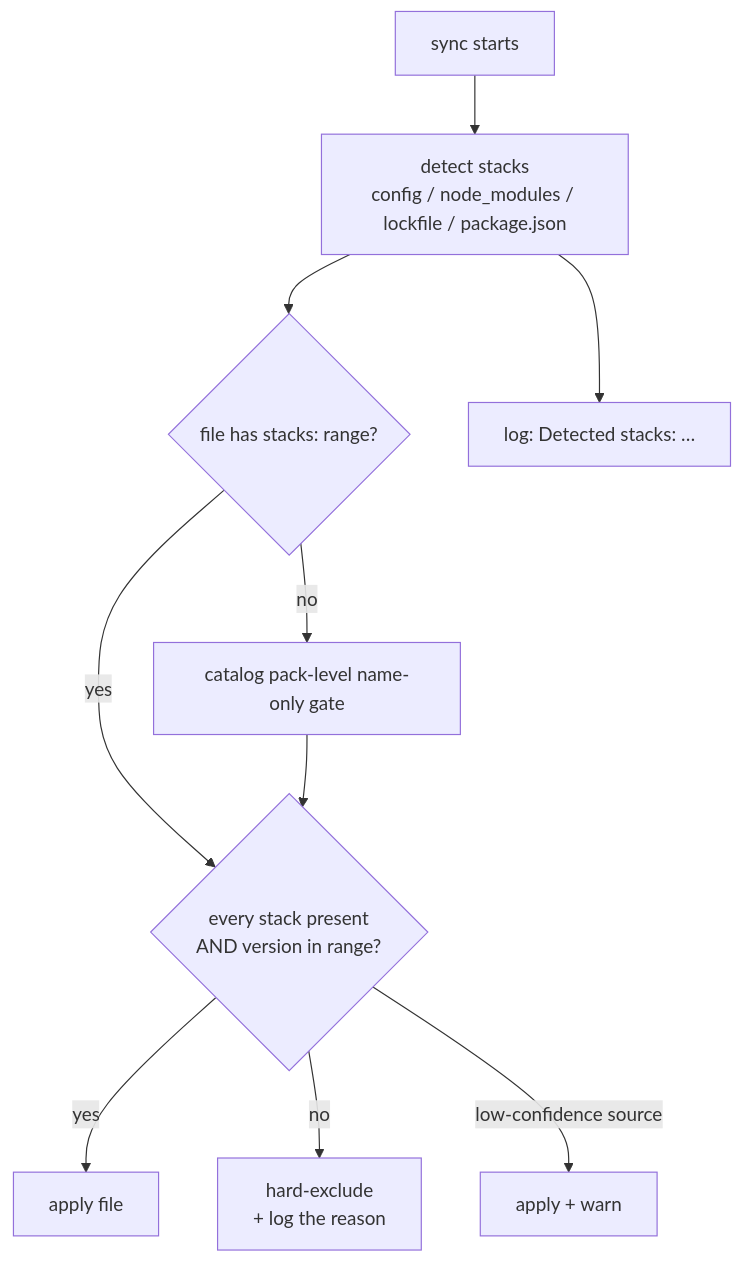
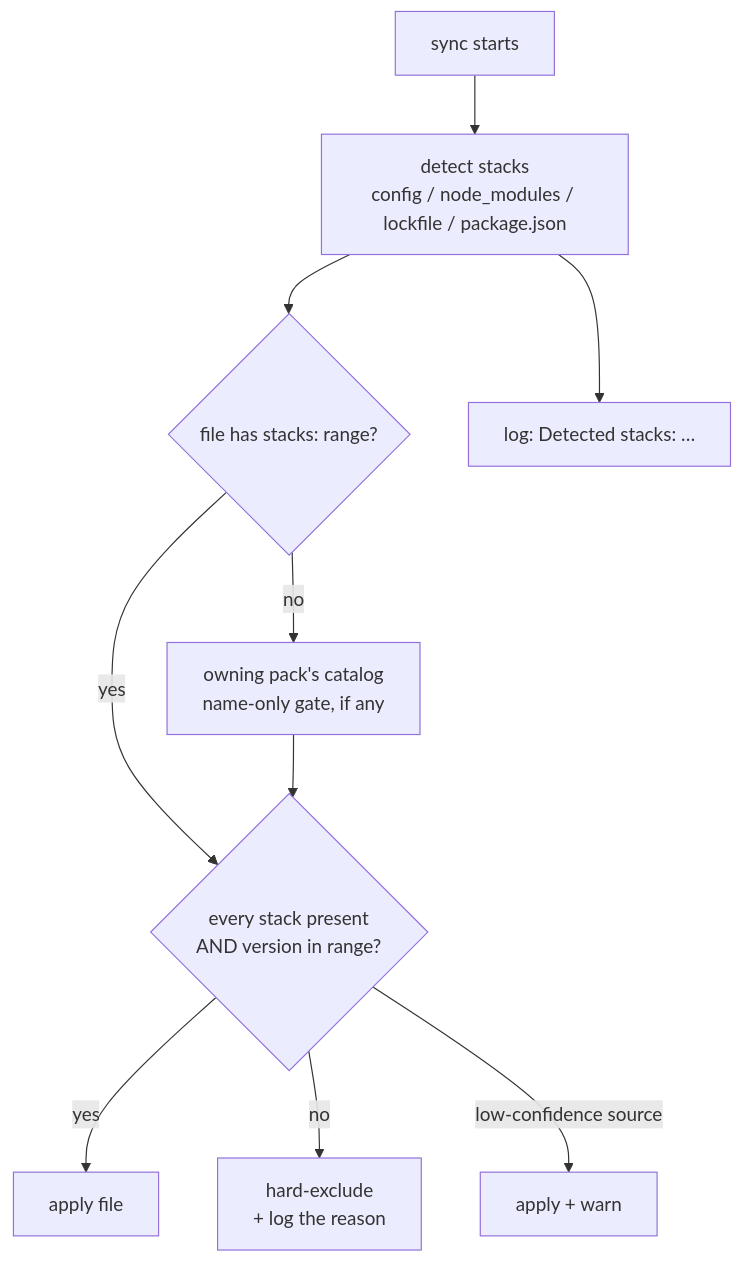
The diagram in docs/wiki/Stacks.md (prototypdigital/bluetemberg), drawn with Mermaid before and after one commit. The commit also changed other lines of this file and 16 other files, not shown here.

First line of the commit message:
fix(stacks): scope catalog profiles/stacks to the owning pack's files

````diff
--- a/docs/wiki/Stacks.md
+++ b/docs/wiki/Stacks.md
@@ -49,12 +51,12 @@
 ```mermaid
 flowchart TD
   A[sync starts] --> B[detect stacks<br/>config / node_modules / lockfile / package.json]
   B --> C{file has stacks: range?}
-  C -->|no| D[catalog pack-level name-only gate]
+  C -->|no| D[owning pack's catalog<br/>name-only gate, if any]
   C -->|yes| E{every stack present<br/>AND version in range?}
   D --> E
   E -->|yes| F[apply file]
   E -->|no| G[hard-exclude<br/>+ log the reason]
   B --> H[log: Detected stacks: …]
   E -->|low-confidence source| I[apply + warn]
 ```
````
